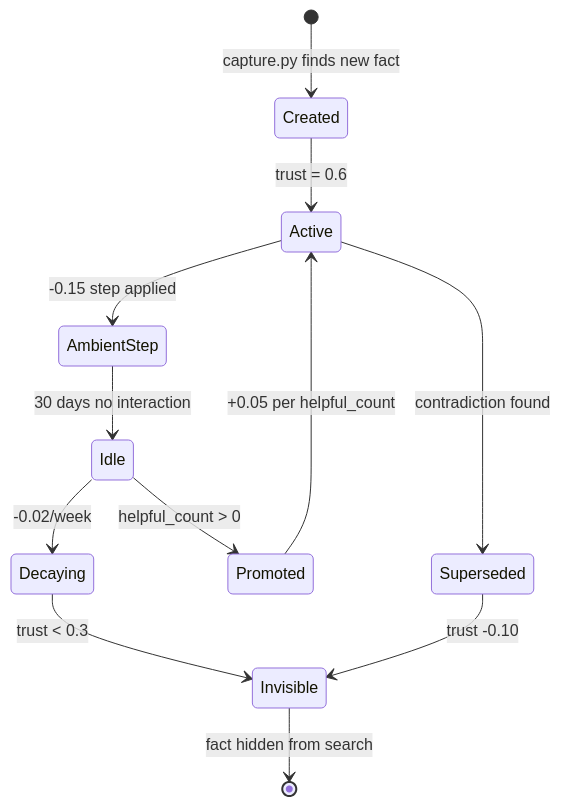
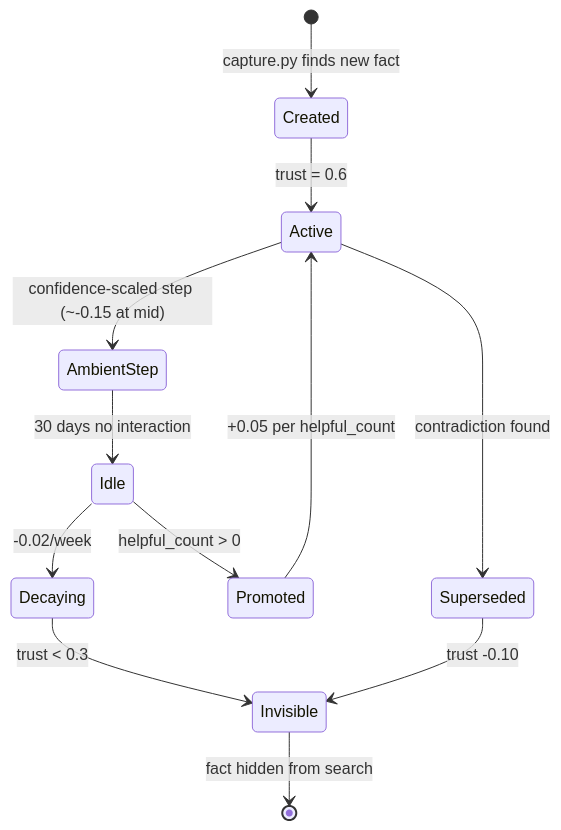
One commit to shermesagent/hermes-memory-blueprint changed the diagram in docs/trust-mechanics.md. Above: the diagram before and after it, drawn with Mermaid. The commit also changed other lines of this file and 3 other files, not shown here.

````diff
--- a/docs/trust-mechanics.md
+++ b/docs/trust-mechanics.md
@@ -10,14 +10,14 @@
 ```mermaid
 stateDiagram-v2
     [*] --> Created: capture.py finds new fact
     Created --> Active: trust = 0.6
-    Active --> AmbientStep: -0.15 step applied
+    Active --> AmbientStep: confidence-scaled step (~-0.15 at mid)
     AmbientStep --> Idle: 30 days no interaction
     Idle --> Decaying: -0.02/week
     Decaying --> Invisible: trust < 0.3
     Idle --> Promoted: helpful_count > 0
     Promoted --> Active: +0.05 per helpful_count
     Active --> Superseded: contradiction found
     Superseded --> Invisible: trust -0.10
     Invisible --> [*]: fact hidden from search
 ```
````
